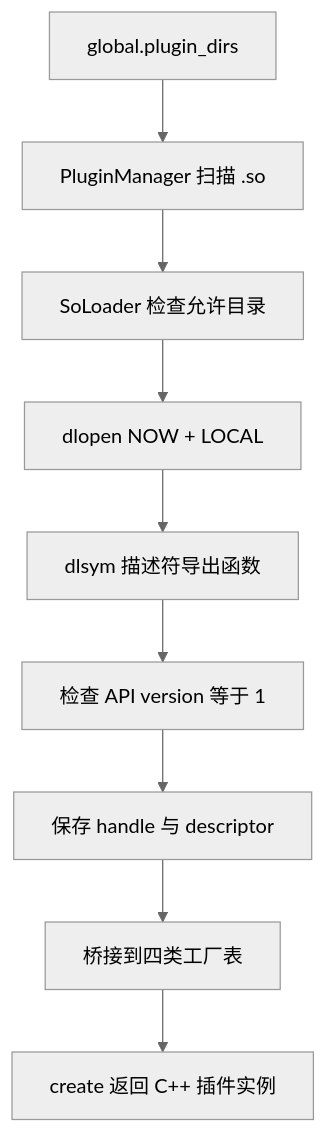
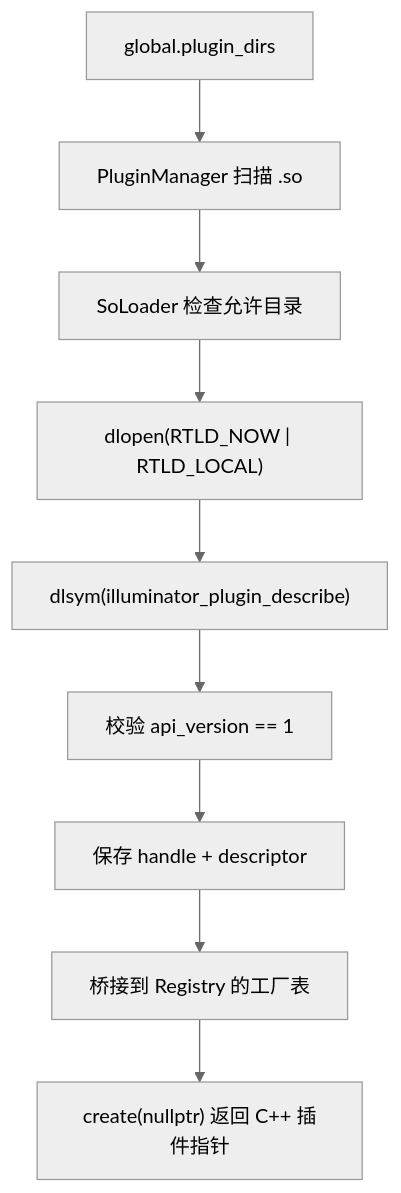
One commit to Franch-Toast/Scriptorium changed the fourth of 5 diagrams in docs/document/撰修司/illuminator性能监控平台/设计方案/03-plugin-system.md. Above: the diagram before and after it, drawn with Mermaid (neutral theme). The commit also changed other lines of this file and 20 other files, not shown here.

````diff
--- a/docs/document/撰修司/illuminator性能监控平台/设计方案/03-plugin-system.md
+++ b/docs/document/撰修司/illuminator性能监控平台/设计方案/03-plugin-system.md
@@ -132,12 +162,12 @@
 ```mermaid
 %%{init: {"flowchart":{"useMaxWidth":false,"htmlLabels":false}}}%%
 flowchart TB
-    D[global.plugin_dirs] --> M[PluginManager 扫描 .so]
-    M --> A[SoLoader 检查允许目录]
-    A --> L[dlopen NOW + LOCAL]
-    L --> E[dlsym 描述符导出函数]
-    E --> V[检查 API version 等于 1]
-    V --> H[保存 handle 与 descriptor]
-    H --> B[桥接到四类工厂表]
-    B --> C[create 返回 C++ 插件实例]
+    D["global.plugin_dirs"] --> M["PluginManager 扫描 .so"]
+    M --> A["SoLoader 检查允许目录"]
+    A --> L["dlopen(RTLD_NOW | RTLD_LOCAL)"]
+    L --> S["dlsym(illuminator_plugin_describe)"]
+    S --> V["校验 api_version == 1"]
+    V --> H["保存 handle + descriptor"]
+    H --> B["桥接到 Registry 的工厂表"]
+    B --> C["create(nullptr) 返回 C++ 插件指针"]
 ```
````
